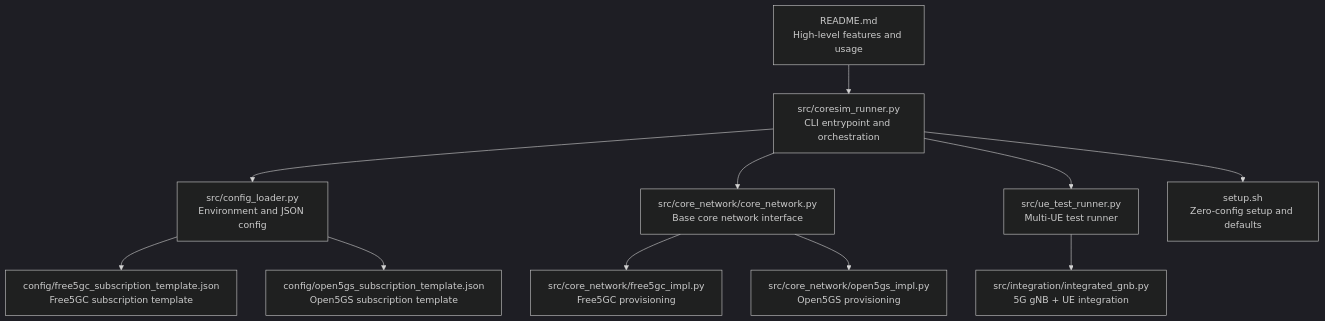
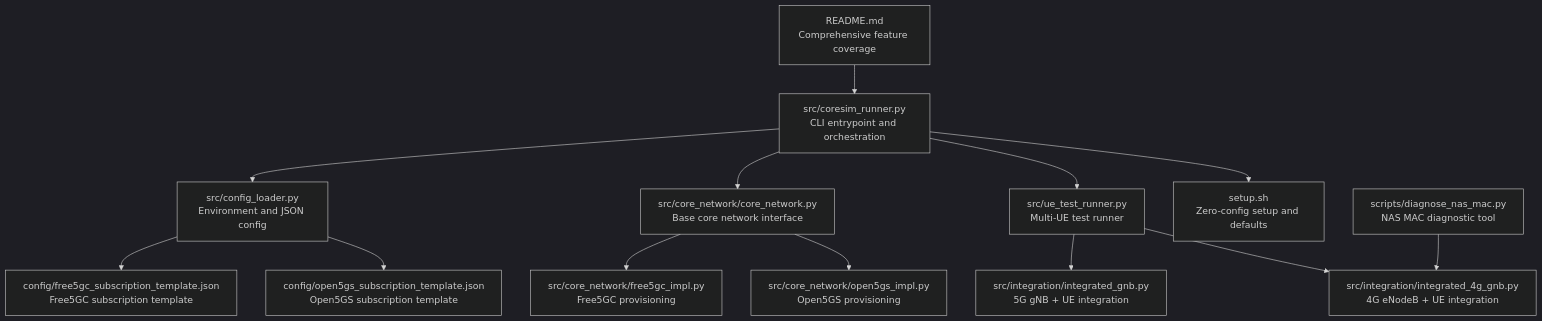
The first of 10 diagrams in .qoder/repowiki/en/content/Project Overview/Features Overview/Features Overview.md (hackeryounow/coresimrunner), drawn with Mermaid (dark theme) before and after one commit. The commit also changed other lines of this file and 6 other files, not shown here.

````diff
--- a/.qoder/repowiki/en/content/Project Overview/Features Overview/Features Overview.md
+++ b/.qoder/repowiki/en/content/Project Overview/Features Overview/Features Overview.md
@@ -45,13 +56,15 @@
 ```mermaid
 graph TB
-A["README.md<br/>High-level features and usage"] --> B["src/coresim_runner.py<br/>CLI entrypoint and orchestration"]
+A["README.md<br/>Comprehensive feature coverage"] --> B["src/coresim_runner.py<br/>CLI entrypoint and orchestration"]
 B --> C["src/config_loader.py<br/>Environment and JSON config"]
 B --> D["src/core_network/core_network.py<br/>Base core network interface"]
 D --> E["src/core_network/free5gc_impl.py<br/>Free5GC provisioning"]
 D --> F["src/core_network/open5gs_impl.py<br/>Open5GS provisioning"]
 B --> G["src/ue_test_runner.py<br/>Multi-UE test runner"]
 G --> H["src/integration/integrated_gnb.py<br/>5G gNB + UE integration"]
-C --> I["config/free5gc_subscription_template.json<br/>Free5GC subscription template"]
-C --> J["config/open5gs_subscription_template.json<br/>Open5GS subscription template"]
-B --> K["setup.sh<br/>Zero-config setup and defaults"]
+G --> I["src/integration/integrated_4g_gnb.py<br/>4G eNodeB + UE integration"]
+C --> J["config/free5gc_subscription_template.json<br/>Free5GC subscription template"]
+C --> K["config/open5gs_subscription_template.json<br/>Open5GS subscription template"]
+B --> L["setup.sh<br/>Zero-config setup and defaults"]
+M["scripts/diagnose_nas_mac.py<br/>NAS MAC diagnostic tool"] --> I
 ```
````
